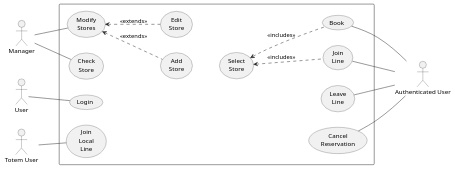
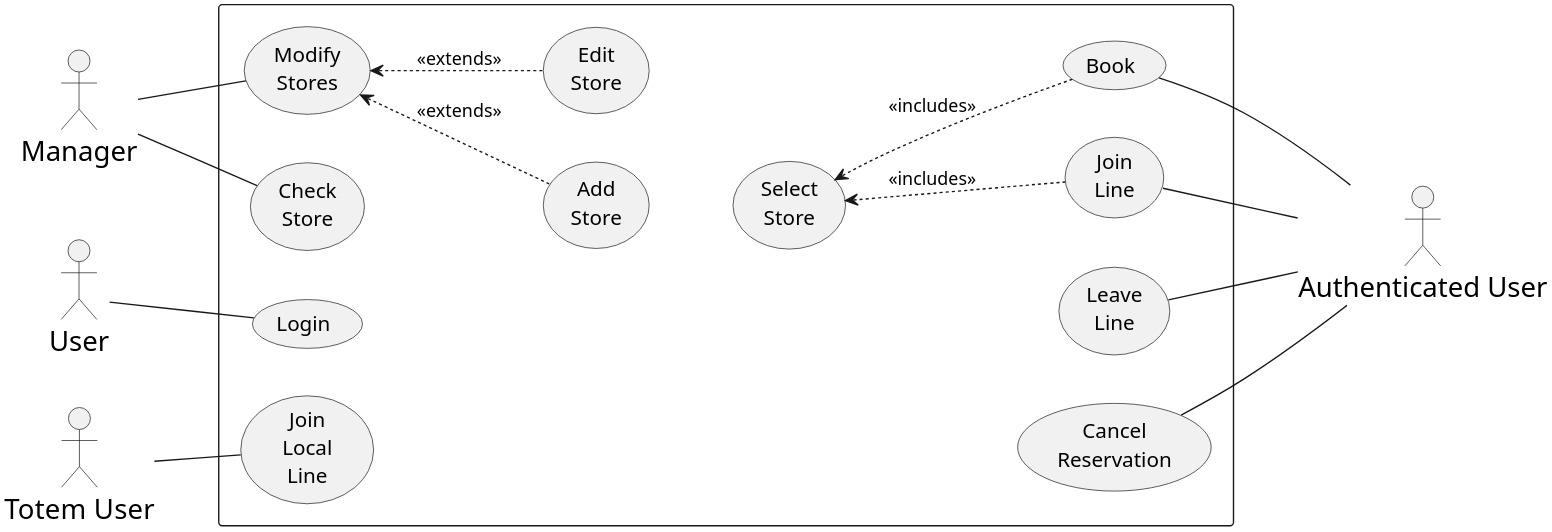
The diagram in RASD/uml/usecase.puml (andreafra/Software-Engineering-2-Project-2021), drawn with PlantUML before and after one commit. The commit also changed 11 other files, not shown here.

Commit message:
State diagram + render .png

```diff
--- a/RASD/uml/usecase.puml
+++ b/RASD/uml/usecase.puml
@@ -1,33 +1,41 @@
 @startuml
+
+skinparam dpi 300
+skinparam ActorFontSize 20
+skinparam UsecaseFontSize 15
+
 left to right direction
+
+
 Manager as m
 User as u
 "Authenticated User" as au
 "Totem User" as tu
 rectangle {
     m -- (Modify\nStores)
     m -- (Check\nStore)
 
     (Modify\nStores) <-[dashed]- (Add\nStore) : <<extends>>
     (Modify\nStores) <-[dashed]- (Edit\nStore) : <<extends>>
 
     u -- (Login)
 
     (Book) -- au 
     (Join\nLine) -- au 
     (Leave\nLine) -- au 
     (Cancel\nReservation) -- au
     (Select\nStore) <-[dashed]- (Book)  : <<includes>>
     (Select\nStore) <-[dashed]- (Join\nLine)  : <<includes>>
 
     (Add\nStore) -[hidden]- (Select\nStore)
     (Select\nStore) -[hidden]- (Leave\nLine)
     (Select\nStore) -[hidden]- (Cancel\nReservation)
 
     tu -- (Join\nLocal\nLine)
     
 
 
 
 }
+
 @enduml
```
